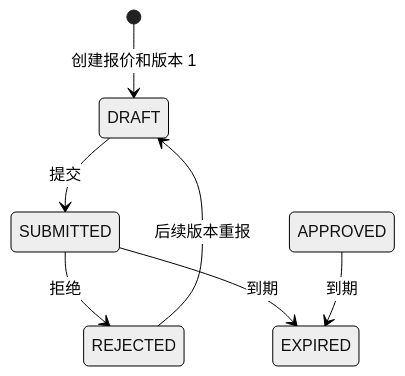
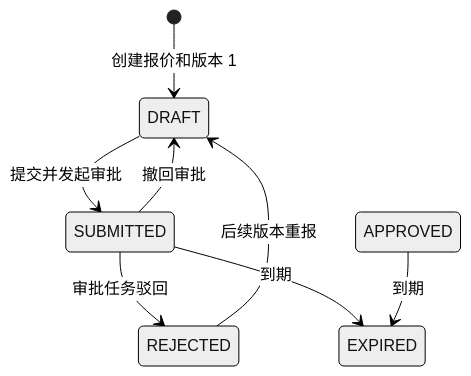
Before and after one commit to Squirtles331/AiCRM: the fourth of 5 diagrams in docs/architecture/state-machines.md, drawn with Mermaid (neutral theme). The commit also changed other lines of this file and 21 other files, not shown here.

````diff
--- a/docs/architecture/state-machines.md
+++ b/docs/architecture/state-machines.md
@@ -71,9 +71,10 @@
 ```mermaid
 stateDiagram-v2
   [*] --> DRAFT: 创建报价和版本 1
-  DRAFT --> SUBMITTED: 提交
-  SUBMITTED --> REJECTED: 拒绝
+  DRAFT --> SUBMITTED: 提交并发起审批
+  SUBMITTED --> REJECTED: 审批任务驳回
+  SUBMITTED --> DRAFT: 撤回审批
   SUBMITTED --> EXPIRED: 到期
   APPROVED --> EXPIRED: 到期
   REJECTED --> DRAFT: 后续版本重报
 ```
````
